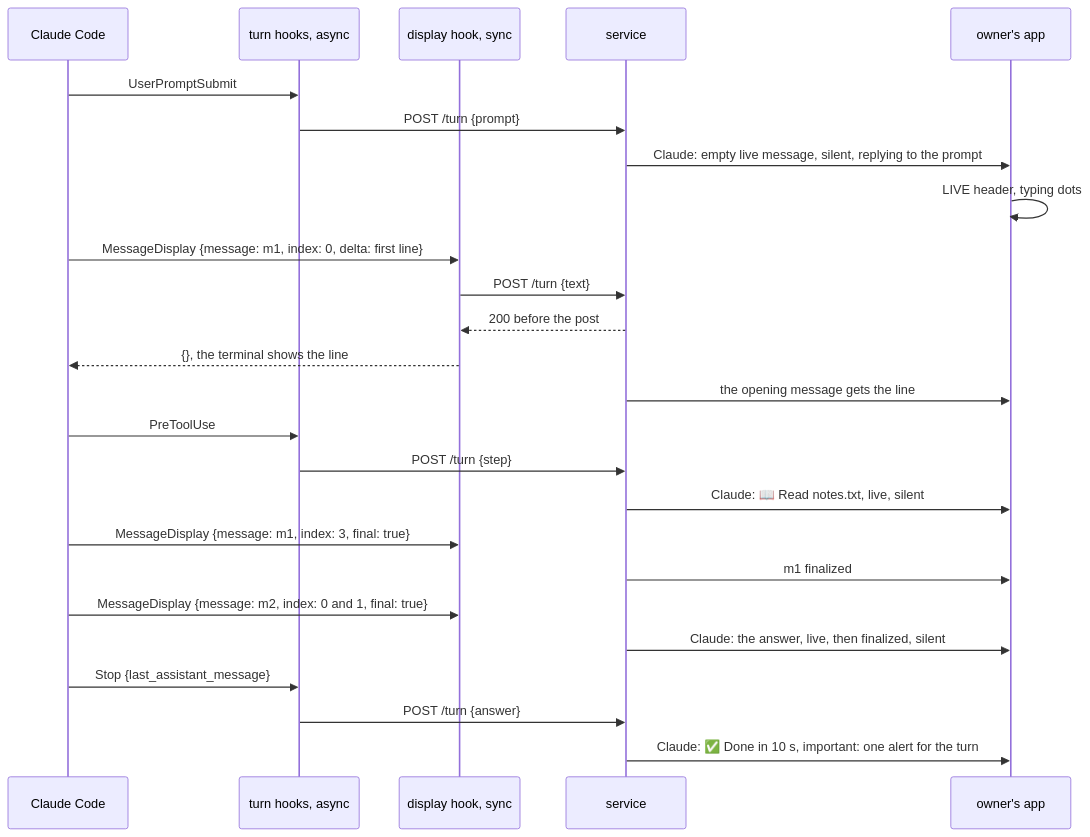
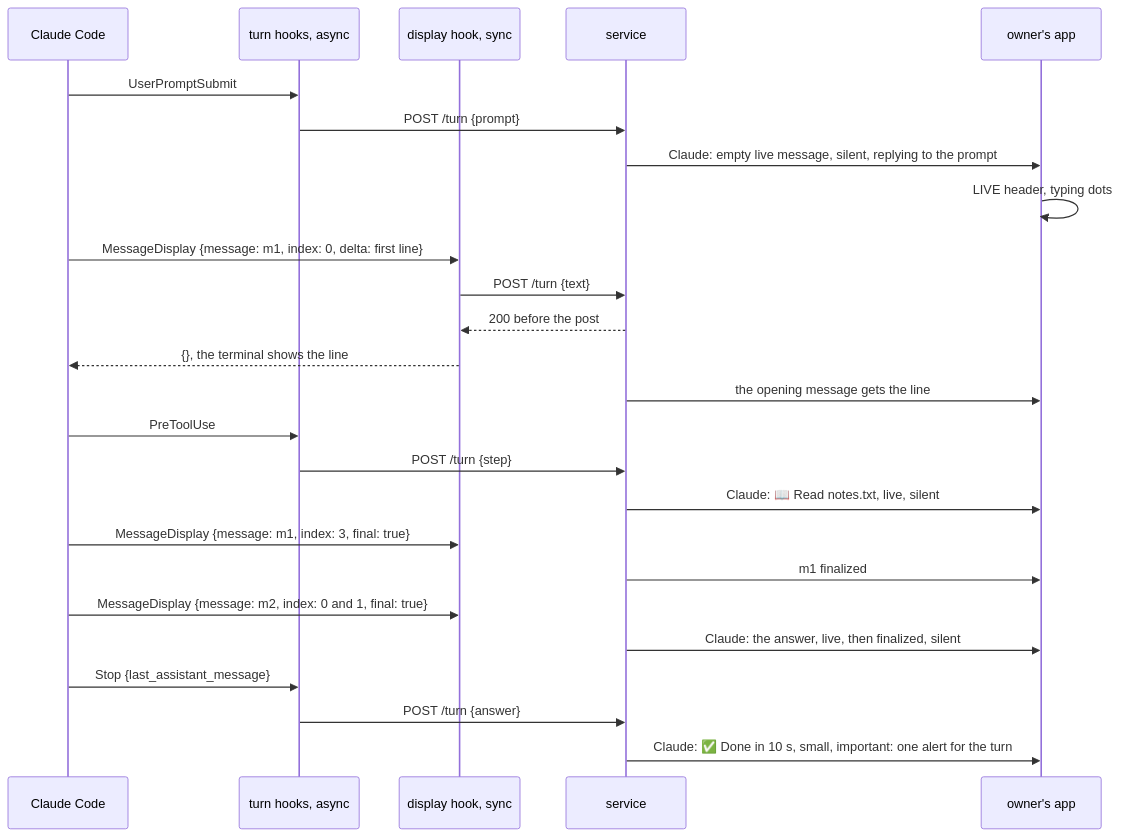
The first of 3 diagrams in plans/2026-11-13-mcp-live-answers.md (simplex-chat/simplex-chat), drawn with Mermaid before and after one commit. The commit also changed other lines of this file, not shown here.

````diff
--- a/plans/2026-11-13-mcp-live-answers.md
+++ b/plans/2026-11-13-mcp-live-answers.md
@@ -70,27 +73,27 @@
 ```mermaid
 sequenceDiagram
   participant CC as Claude Code
   participant TH as turn hooks, async
   participant DH as display hook, sync
   participant S as service
   participant O as owner's app
   CC->>TH: UserPromptSubmit
   TH->>S: POST /turn {prompt}
   S->>O: Claude: empty live message, silent, replying to the prompt
   O->>O: LIVE header, typing dots
   CC->>DH: MessageDisplay {message: m1, index: 0, delta: first line}
   DH->>S: POST /turn {text}
   S-->>DH: 200 before the post
   DH-->>CC: {}, the terminal shows the line
   S->>O: the opening message gets the line
   CC->>TH: PreToolUse
   TH->>S: POST /turn {step}
   S->>O: Claude: 📖 Read notes.txt, live, silent
   CC->>DH: MessageDisplay {message: m1, index: 3, final: true}
   S->>O: m1 finalized
   CC->>DH: MessageDisplay {message: m2, index: 0 and 1, final: true}
   S->>O: Claude: the answer, live, then finalized, silent
   CC->>TH: Stop {last_assistant_message}
   TH->>S: POST /turn {answer}
-  S->>O: Claude: ✅ Done in 10 s, important: one alert for the turn
+  S->>O: Claude: ✅ Done in 10 s, small, important: one alert for the turn
 ```
````
